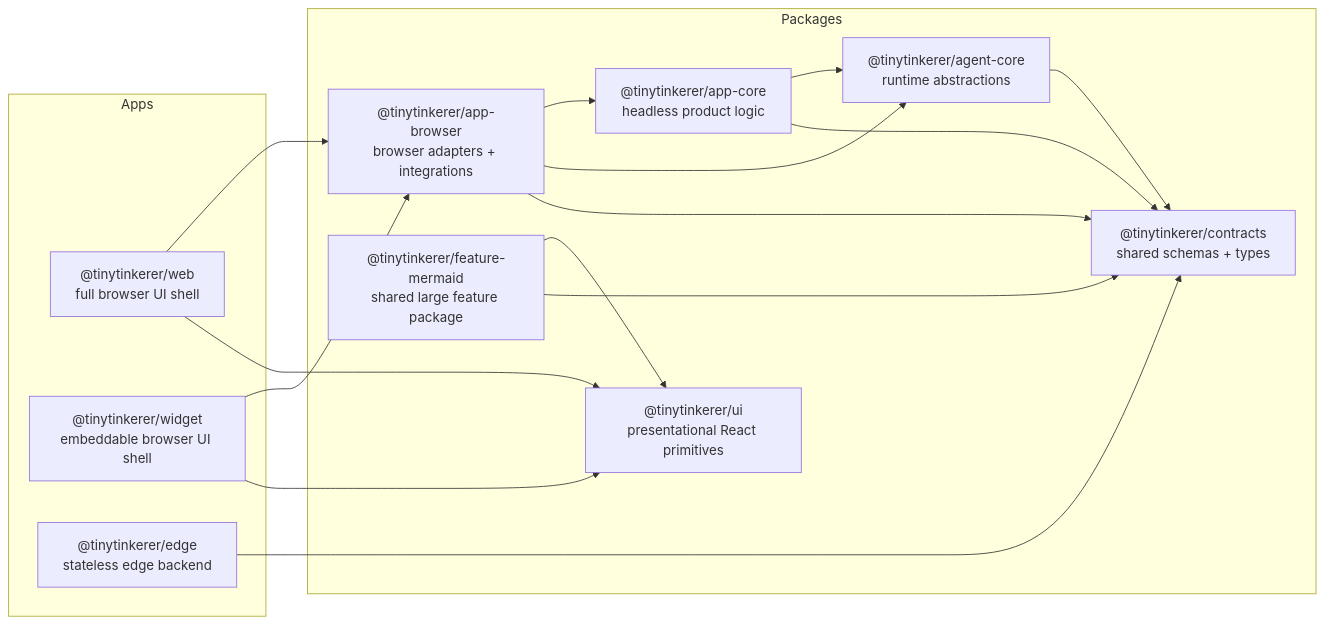
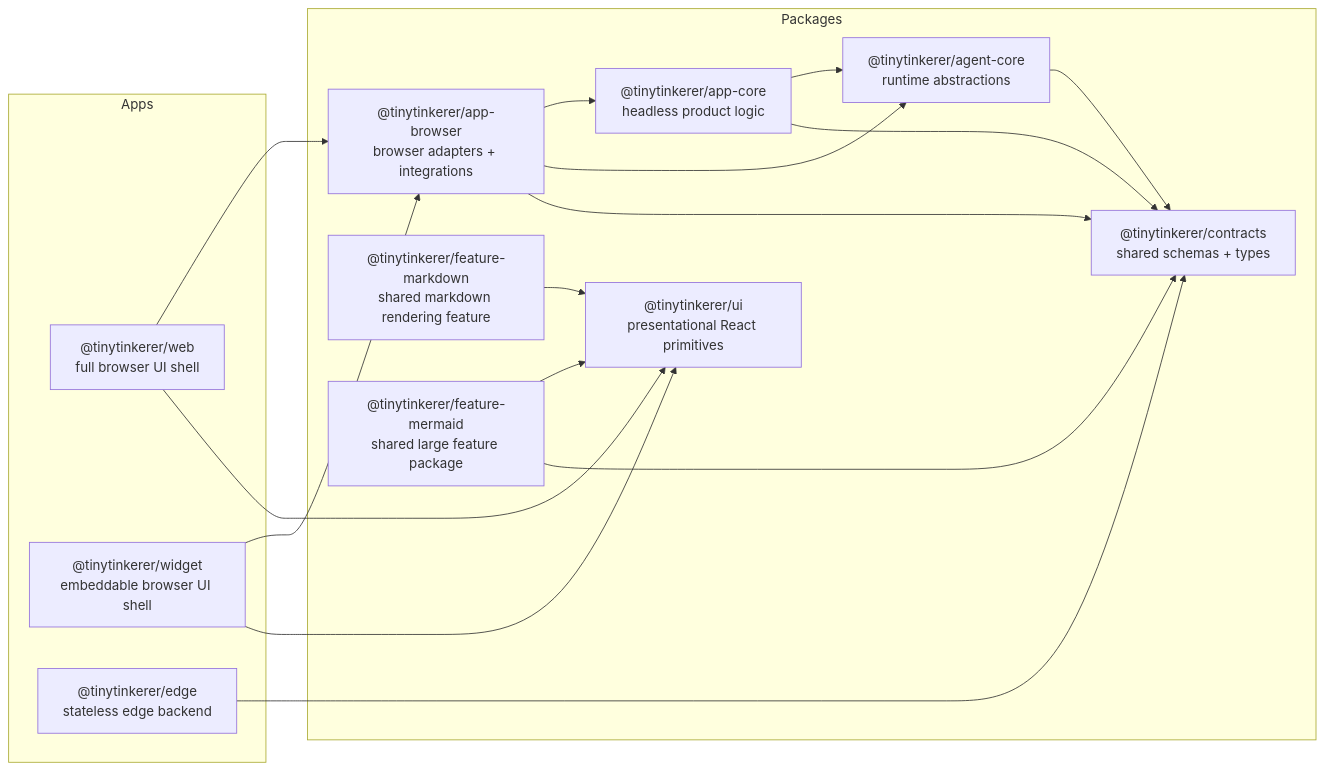
Before and after one commit to NNTin/tinytinkerer: the diagram in docs/ARCHITECTURE.md, drawn with Mermaid. The commit also changed other lines of this file and 37 other files, not shown here.

Commit message:
feat: auth/search runtime behavior and extract shared markdown feature

````diff
--- a/docs/ARCHITECTURE.md
+++ b/docs/ARCHITECTURE.md
@@ -17,37 +16,40 @@
 ```mermaid
 flowchart LR
   subgraph Apps
     web["@tinytinkerer/web<br/>full browser UI shell"]
     widget["@tinytinkerer/widget<br/>embeddable browser UI shell"]
     edge["@tinytinkerer/edge<br/>stateless edge backend"]
   end
 
   subgraph Packages
     contracts["@tinytinkerer/contracts<br/>shared schemas + types"]
     agent["@tinytinkerer/agent-core<br/>runtime abstractions"]
     appcore["@tinytinkerer/app-core<br/>headless product logic"]
     appbrowser["@tinytinkerer/app-browser<br/>browser adapters + integrations"]
     ui["@tinytinkerer/ui<br/>presentational React primitives"]
+    markdown["@tinytinkerer/feature-markdown<br/>shared markdown rendering feature"]
     mermaid["@tinytinkerer/feature-mermaid<br/>shared large feature package"]
   end
 
   web --> appbrowser
   web --> ui
 
   widget --> appbrowser
   widget --> ui
 
   edge --> contracts
 
   appcore --> agent
   appcore --> contracts
 
   appbrowser --> appcore
   appbrowser --> agent
   appbrowser --> contracts
 
+  markdown --> ui
+
   mermaid --> ui
   mermaid --> contracts
 
   agent --> contracts
 ```
````
